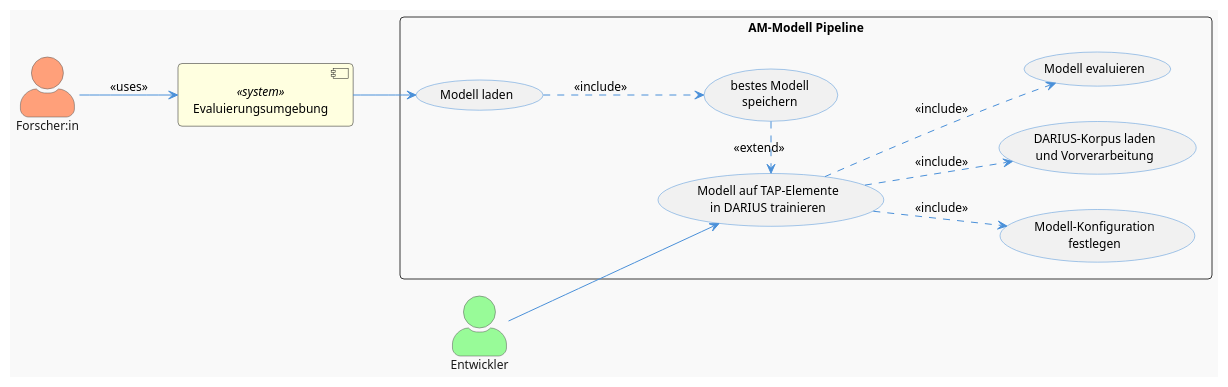
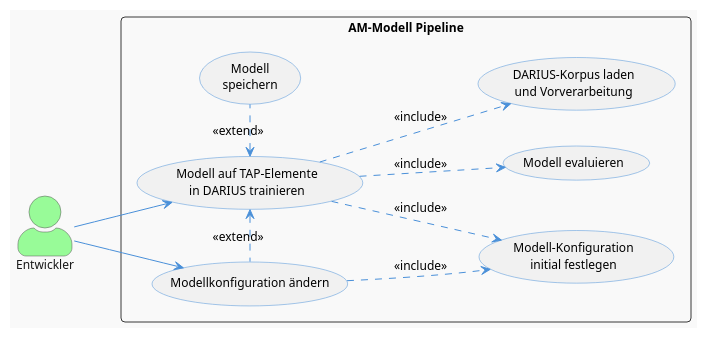
One commit to felixdrescher/german_am_modell changed the diagram in documentation/model/use-case.plantuml. Above: the diagram before and after it, drawn with PlantUML. The commit also changed 7 other files, not shown here.

Commit message:
finishes all Use-Case and Activity Diagrams

```diff
--- a/documentation/model/use-case.plantuml
+++ b/documentation/model/use-case.plantuml
@@ -1,48 +1,49 @@
 @startuml Use-Case Modell
 !theme mars
 
 skinparam defaultFontName Arial
 skinparam defaultFontSize 12
 skinparam roundcorner 8
 skinparam actorStyle awesome
 
 skinparam usecase {
     BorderColor #4A90D9
     ArrowColor #4A90D9
 }
 skinparam actor {
     BackgroundColor #FAFAFA
     BorderColor #555
 }
 
 left to right direction
 
 ' ── Akteure ──────────────────────────────────────────────
 actor "Entwickler" as DEV #PaleGreen
-actor "Forscher:in" as RES #LightSalmon
 
 rectangle "AM-Modell Pipeline" {
+    
     usecase "Modell auf TAP-Elemente\nin DARIUS trainieren" as UC1
-    usecase "Modell-Konfiguration\nfestlegen" as UC2
-    usecase "DARIUS-Korpus laden\nund Vorverarbeitung" as UC3
-    usecase "Modell evaluieren" as UC4
-    usecase "bestes Modell\nspeichern" as UC5
-    usecase "Modell laden" as UC6
+    usecase "Modell-Konfiguration\ninitial festlegen" as UC1_1
+    usecase "DARIUS-Korpus laden\nund Vorverarbeitung" as UC1_2
+    usecase "Modell evaluieren" as UC1_3
+
+    usecase "Modellkonfiguration ändern" as UC2
+    
+    usecase "Modell\nspeichern" as UC5
 }
 
-component "Evaluierungsumgebung" as EVAL_ENV <<system>> #LightYellow
-
 ' Beziehungen
+DEV --> UC2
 DEV --> UC1
-RES --> EVAL_ENV : <<uses>>
-EVAL_ENV --> UC6
 
 ' Hierarchien: Konfiguration ist Teil des Trainings-Workflows
-UC1 ..> UC2 : <<include>>
-UC1 ..> UC3 : <<include>>
-UC1 ..> UC4 : <<include>>
-UC5 .right.> UC1 : <<extend>>
-UC6 ..> UC5 : <<include>>
+UC1 .down.> UC1_1 : <<include>>
+UC1 .down.> UC1_2 : <<include>>
+UC1 .down.> UC1_3 : <<include>>
+UC2 .left.> UC1 : <<extend>>
+
+UC5 .left.> UC1 : <<extend>>
+UC2 .down.> UC1_1 : <<include>>
 
 
 @enduml
```
